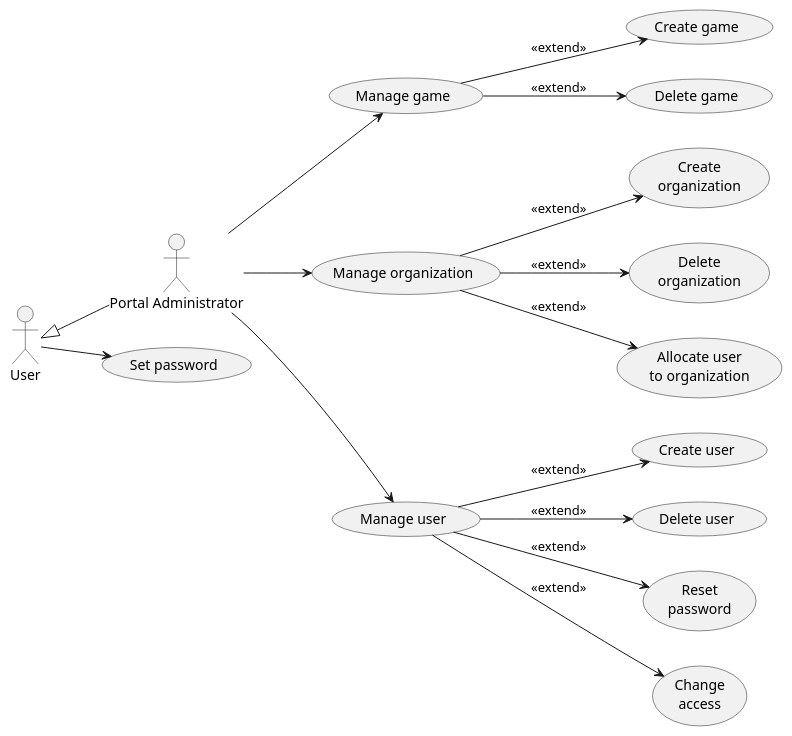
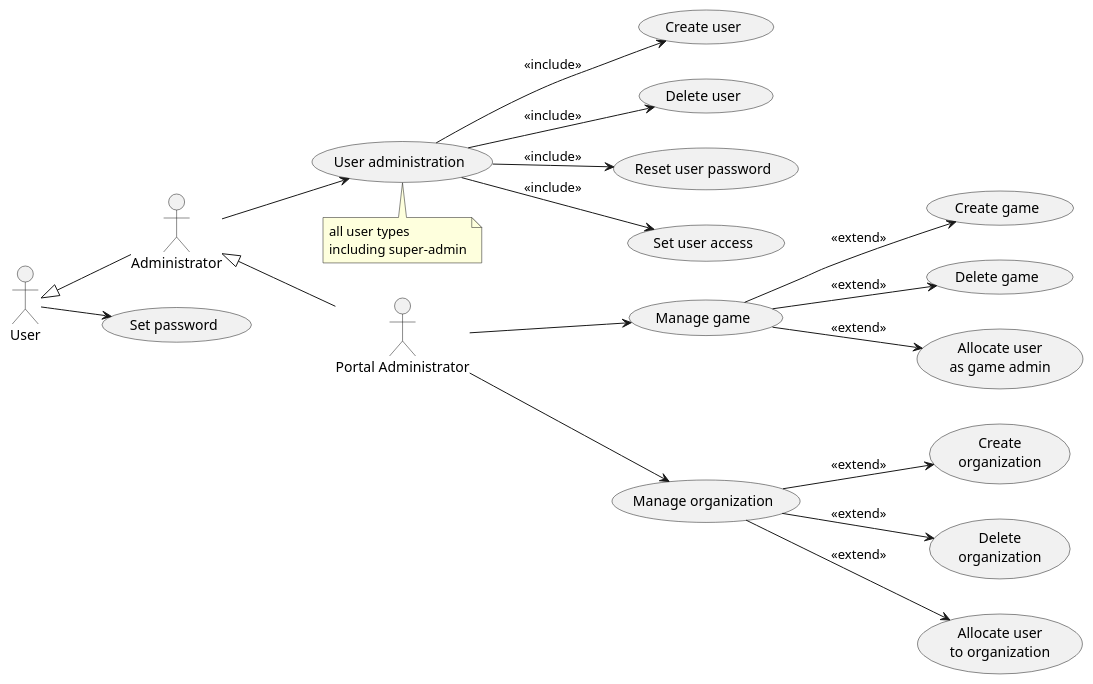
Before and after one commit to averbraeck/gscg-design: the diagram in doc/1-use-cases/diagrams/portal-administration.puml, drawn with PlantUML. The commit also changed 4 other files, not shown here.

Commit message:
Issue #3. Added "Administrator" role with user functions

```diff
--- a/doc/1-use-cases/diagrams/portal-administration.puml
+++ b/doc/1-use-cases/diagrams/portal-administration.puml
@@ -1,24 +1,31 @@
 @startuml
 left to right direction
 
 "Portal Administrator" as PA
-User <|-- PA
+User <|-- Administrator
+Administrator <|-- PA
 
 User --> (Set password)
+
+Administrator --> (User administration)
+note bottom
+  all user types
+  including super-admin
+end note
+
+(User administration) --> (Create user) : << include >>
+(User administration) --> (Delete user) : << include >>
+(User administration) --> (Reset user password) : << include >>
+(User administration) --> (Set user access) : << include >>
 
 PA --> (Manage game)
 (Manage game) --> (Create game) : << extend >>
 (Manage game) --> (Delete game) : << extend >>
+(Manage game) --> (Allocate user\nas game admin) : << extend >>
 
 PA --> (Manage organization)
 (Manage organization) --> (Create\norganization) : << extend >>
 (Manage organization) --> (Delete\norganization) : << extend >>
 (Manage organization) --> (Allocate user\nto organization) : << extend >>
 
-PA --> (Manage user)
-(Manage user) --> (Create user) : << extend >>
-(Manage user) --> (Delete user) : << extend >>
-(Manage user) --> (Reset\npassword) : << extend >>
-(Manage user) --> (Change\naccess) : << extend >>
-
 @enduml
```
